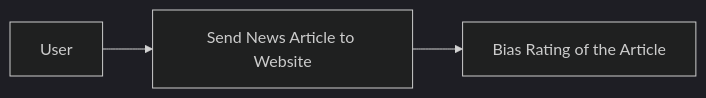
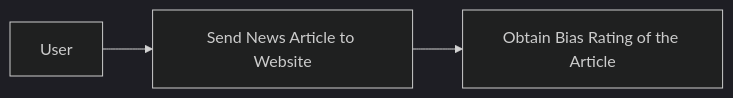
Before and after one commit to JordanDotPy/Senior_Capstone: the first of 3 diagrams in homeworks/assignment4_design_diagrams.md, drawn with Mermaid (dark theme). The commit also changed other lines of this file, not shown here.

````diff
--- a/homeworks/assignment4_design_diagrams.md
+++ b/homeworks/assignment4_design_diagrams.md
@@ -5,6 +5,6 @@
 ```mermaid
 graph LR;
     A[User] --> B;
     B[Send News Article to Website] --> C;
-    C[Bias Rating of the Article];
+    C[Obtain Bias Rating of the Article];
 ```
````
